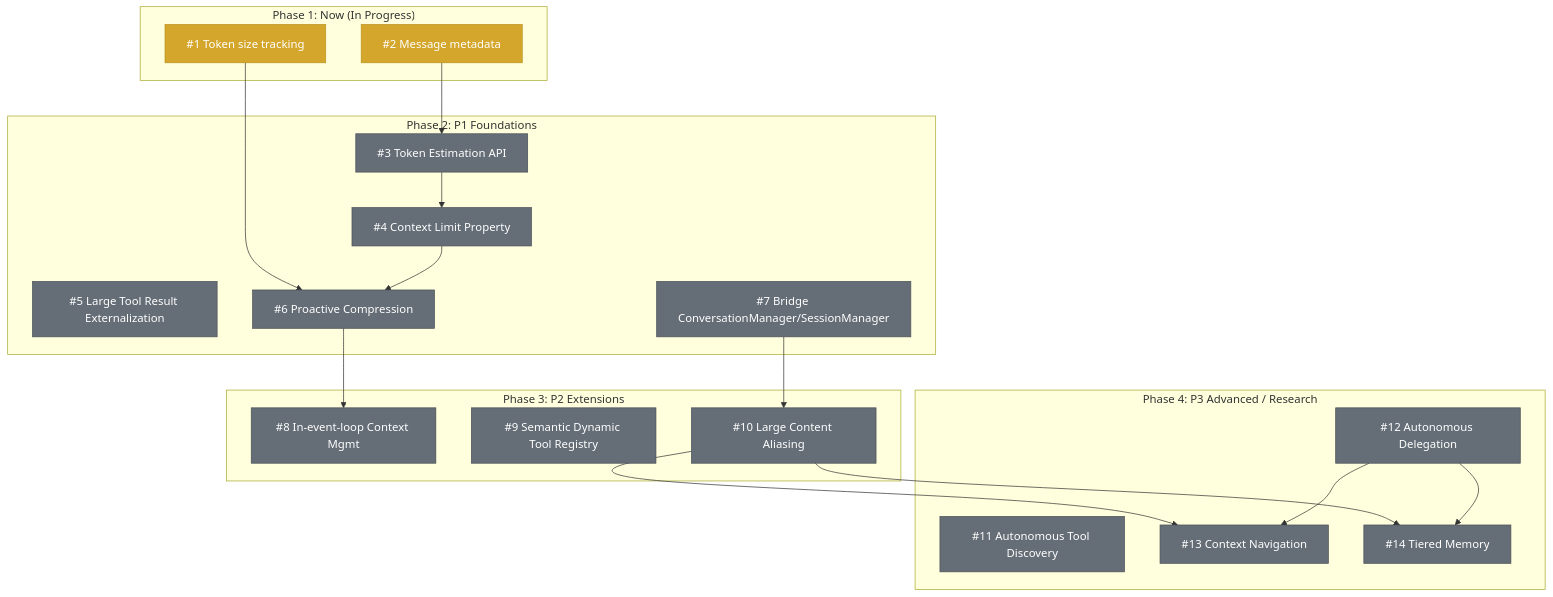
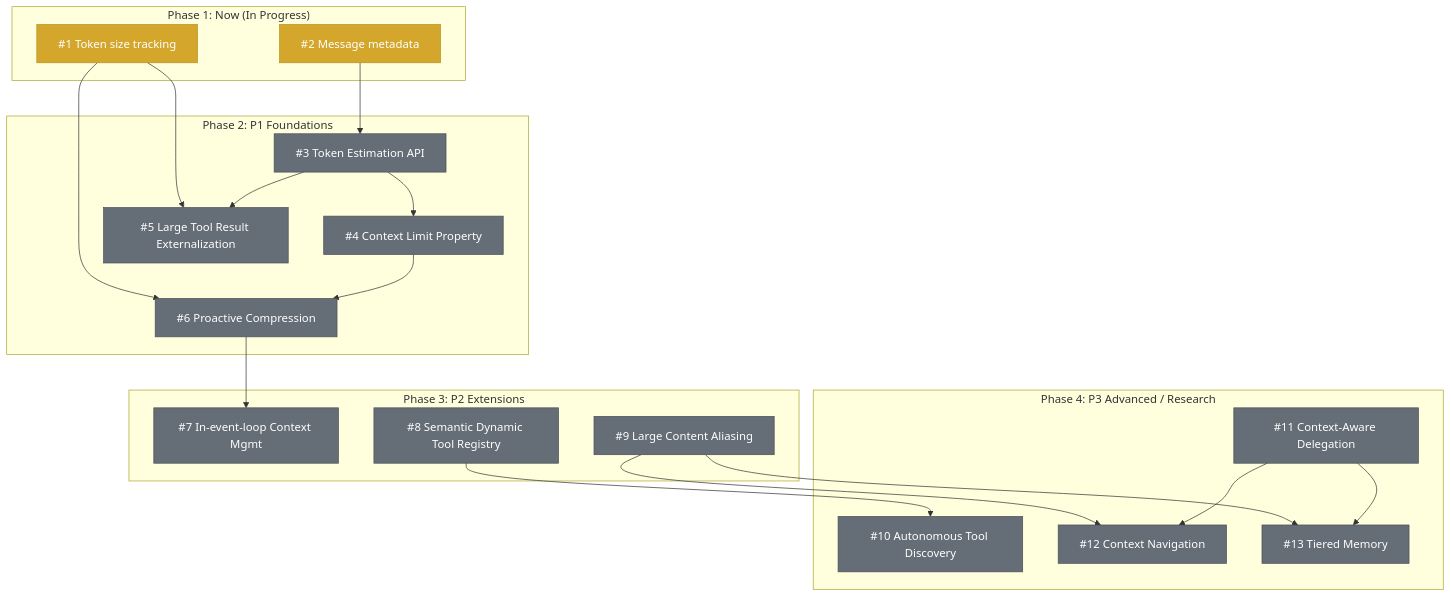
The diagram in context-management/docs/roadmapBrief.md (lizradway/strands-mono), drawn with Mermaid before and after one commit. The commit also changed other lines of this file, not shown here.

First line of the commit message:
Revise roadmapBrief.md for improved clarity

````diff
--- a/context-management/docs/roadmapBrief.md
+++ b/context-management/docs/roadmapBrief.md
@@ -59,46 +58,47 @@
 ```mermaid
 graph TD
     subgraph "Phase 1: Now (In Progress)"
         T1["#1 Token size tracking"]
         T2["#2 Message metadata"]
     end
 
     subgraph "Phase 2: P1 Foundations"
         T3["#3 Token Estimation API"]
         T4["#4 Context Limit Property"]
         T5["#5 Large Tool Result Externalization"]
         T6["#6 Proactive Compression"]
-        T7["#7 Bridge ConversationManager/SessionManager"]
     end
 
     subgraph "Phase 3: P2 Extensions"
-        T8["#8 In-event-loop Context Mgmt"]
-        T9["#9 Semantic Dynamic Tool Registry"]
-        T10["#10 Large Content Aliasing"]
+        T7["#7 In-event-loop Context Mgmt"]
+        T8["#8 Semantic Dynamic Tool Registry"]
+        T9["#9 Large Content Aliasing"]
     end
 
     subgraph "Phase 4: P3 Advanced / Research"
-        T11["#11 Autonomous Tool Discovery"]
-        T12["#12 Autonomous Delegation"]
-        T13["#13 Context Navigation"]
-        T14["#14 Tiered Memory"]
+        T10["#10 Autonomous Tool Discovery"]
+        T11["#11 Context-Aware Delegation"]
+        T12["#12 Context Navigation"]
+        T13["#13 Tiered Memory"]
     end
 
     T2 --> T3
     T3 --> T4
     T1 --> T6
     T4 --> T6
-    T6 --> T8
-    T7 --> T10
-    T10 --> T13
-    T12 --> T13
-    T10 --> T14
-    T12 --> T14
+    T1 --> T5
+    T3 --> T5
+    T6 --> T7
+    T8 --> T10
+    T9 --> T12
+    T11 --> T12
+    T9 --> T13
+    T11 --> T13
 
     classDef inprogress fill:#d4a72c,color:#fff,stroke:#b8941f
     classDef todo fill:#656d76,color:#fff,stroke:#4a5058
     classDef done fill:#2da44e,color:#fff,stroke:#238636
 
     class T1,T2 inprogress
-    class T3,T4,T5,T6,T7,T8,T9,T10,T11,T12,T13,T14 todo
+    class T3,T4,T5,T6,T7,T8,T9,T10,T11,T12,T13 todo
 ```
````
